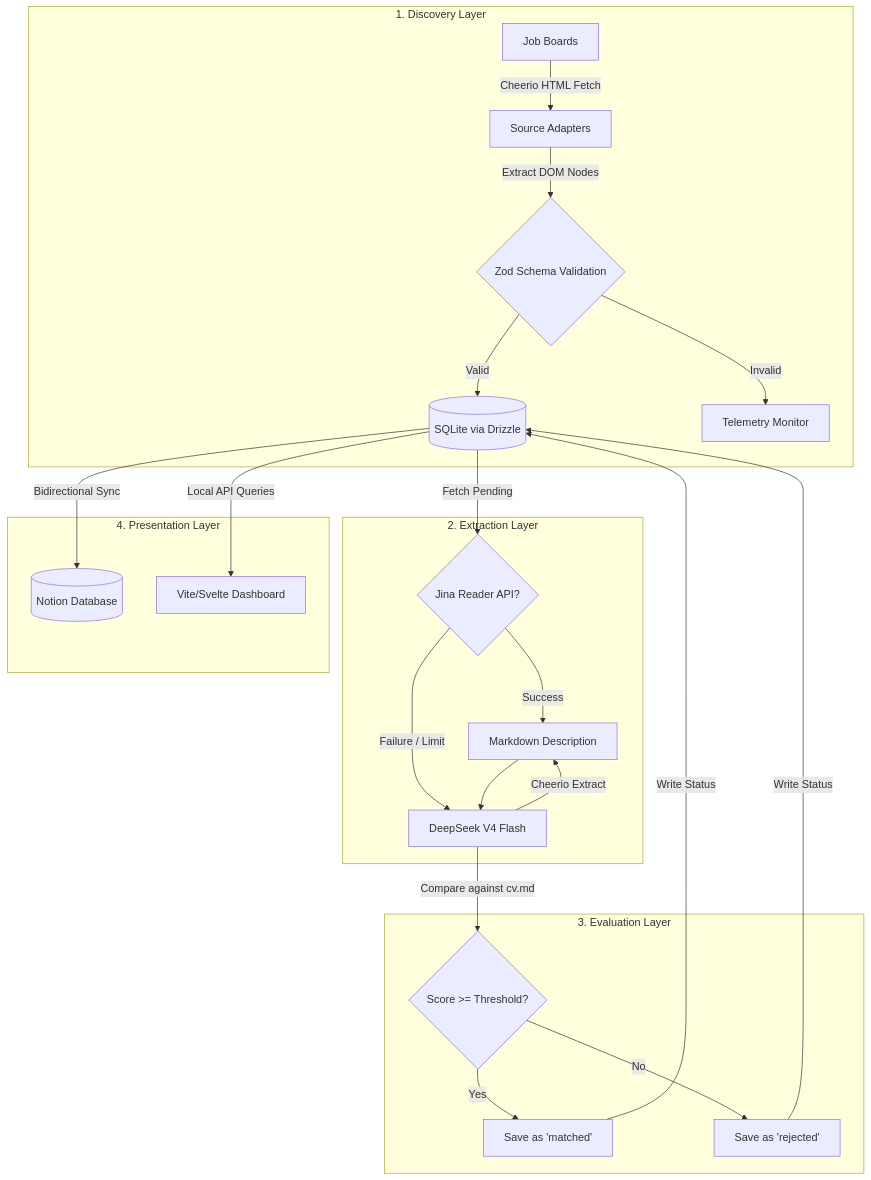
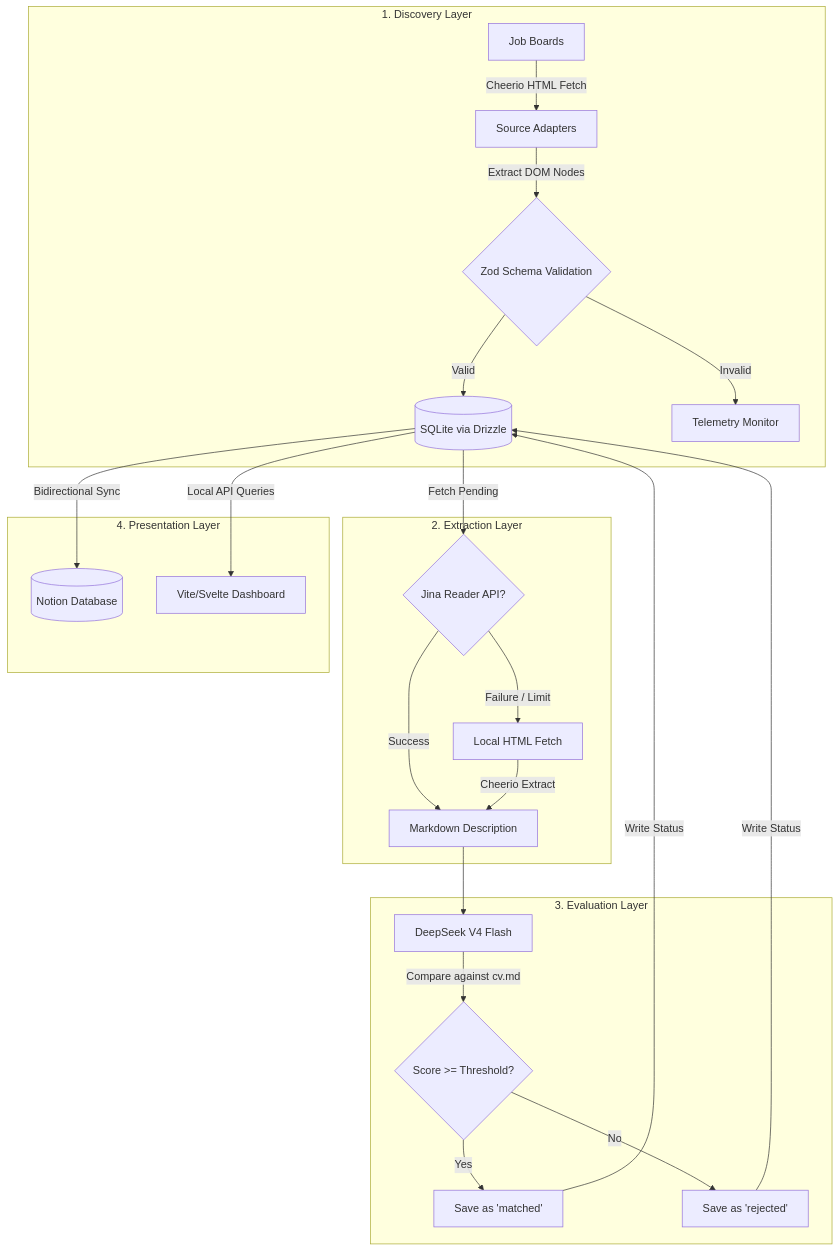
Before and after one commit to dandrok/jobetl: the diagram in README.md, drawn with Mermaid. The commit also changed other lines of this file and 1 other file, not shown here.

Commit message:
chore: readme mermaid fix and client update

````diff
--- a/README.md
+++ b/README.md
@@ -58,30 +58,30 @@
 ```mermaid
 flowchart TD
     subgraph Discovery [1. Discovery Layer]
         A[Job Boards] -->|Cheerio HTML Fetch| B[Source Adapters]
         B -->|Extract DOM Nodes| C{Zod Schema Validation}
         C -->|Valid| D[(SQLite via Drizzle)]
         C -->|Invalid| E[Telemetry Monitor]
     end
 
     subgraph Extraction [2. Extraction Layer]
         D -->|Fetch Pending| F{Jina Reader API?}
         F -->|Success| G[Markdown Description]
         F -->|Failure / Limit| H[Local HTML Fetch]
         H -->|Cheerio Extract| G
     end
 
     subgraph Intelligence [3. Evaluation Layer]
-        G --> H[DeepSeek V4 Flash]
-        H -->|Compare against cv.md| I{Score >= Threshold?}
+        G --> DS[DeepSeek V4 Flash]
+        DS -->|Compare against cv.md| I{Score >= Threshold?}
         I -->|Yes| J[Save as 'matched']
         I -->|No| K[Save as 'rejected']
         J -->|Write Status| D
         K -->|Write Status| D
     end
 
     subgraph Presentation [4. Presentation Layer]
         D -->|Bidirectional Sync| L[(Notion Database)]
         D -->|Local API Queries| M[Vite/Svelte Dashboard]
     end
 ```
````
